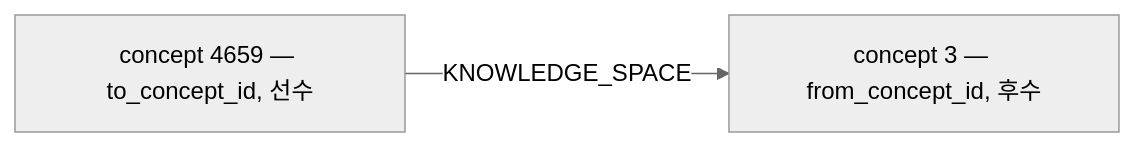
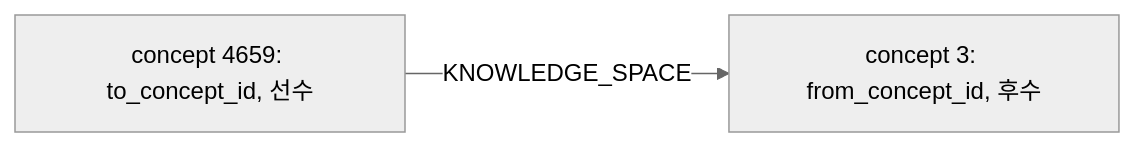
The diagram in docs/specs/m2/spec-01-cte-repository-and-indexes.md (data-sy/my-math-teacher), drawn with Mermaid (neutral theme) before and after one commit. The commit also changed 1 other file, not shown here.

Commit message:
docs: clarify measurement conditions with 3-way comparison and simpler mermaid
(1) 마이그레이션 보고서 성능 섹션 보강:
- "측정 조건" 박스 신설 — 호출 위치(리포지토리 직접, 캐싱 없음), 데이터 규모
  (1,631 노드 / 3,446 엣지), 양쪽 인덱스 상태를 명시. 본 비교가 "캐싱 포함"
  으로 오해될 여지 차단.
- Neo4j vs CTE no-index vs CTE with-index 3-way 표 + ASCII 막대 차트.
- "두 단계 개선" 해석 추가 — DB 엔진 자체 변경만으로 약 5~6×, 복합 인덱스
  추가로 추가 3~7×, 합쳐 약 25× 가 어떻게 분리되는지 설명.

(2) Mermaid 단순화 (보고서 v1/v2 흐름도 + spec-01 KS 트레이스):
- 실린더 shape [(...)] 제거 → 단순 사각형 [...]. GitHub mermaid 의 일부
  레이아웃 에러("Could not find a suitable point") 회피.
- em dash 제거, 콜론 라벨은 따옴표로 감싸 파서 모호성 차단.

````diff
--- a/docs/specs/m2/spec-01-cte-repository-and-indexes.md
+++ b/docs/specs/m2/spec-01-cte-repository-and-indexes.md
@@ -59,6 +59,6 @@
 ```mermaid
 graph LR
-    T[concept 4659 — to_concept_id, 선수]
-    F[concept 3 — from_concept_id, 후수]
+    T["concept 4659: to_concept_id, 선수"]
+    F["concept 3: from_concept_id, 후수"]
     T -->|KNOWLEDGE_SPACE| F
 ```
````
